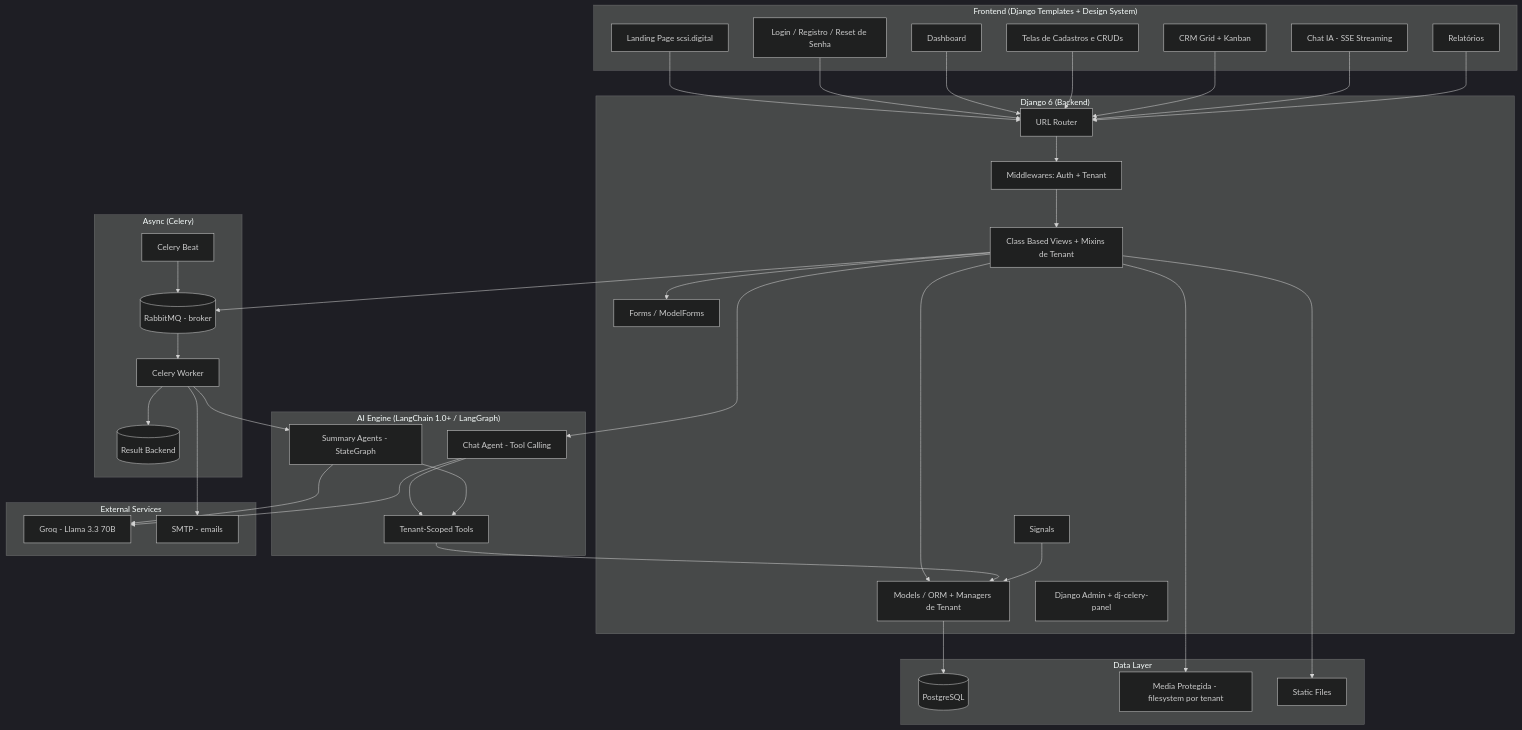
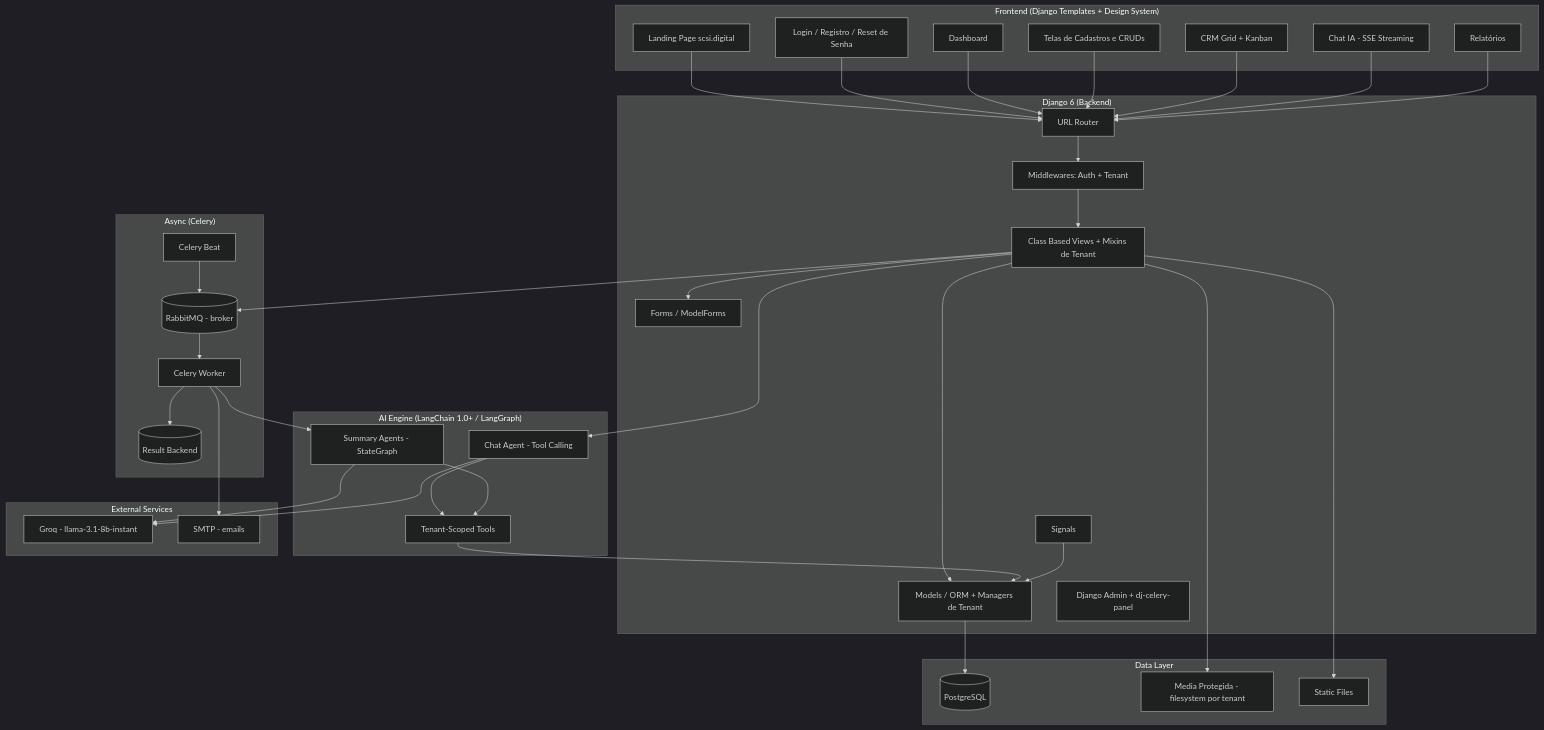
The sixth of 22 diagrams in PRD.md (CAI0SAMPAI0/scsi), drawn with Mermaid (dark theme) before and after one commit. The commit also changed other lines of this file and 20 other files, not shown here.

````diff
--- a/PRD.md
+++ b/PRD.md
@@ -362,74 +362,74 @@
 ```mermaid
 graph TB
     subgraph "Frontend (Django Templates + Design System)"
         LP[Landing Page scsi.digital]
         AUTH[Login / Registro / Reset de Senha]
         DASH[Dashboard]
         CRUDS[Telas de Cadastros e CRUDs]
         CRM[CRM Grid + Kanban]
         CHAT[Chat IA - SSE Streaming]
         REP[Relatórios]
     end
 
     subgraph "Django 6 (Backend)"
         URLS[URL Router]
         MW[Middlewares: Auth + Tenant]
         VIEWS[Class Based Views + Mixins de Tenant]
         FORMS[Forms / ModelForms]
         MODELS[Models / ORM + Managers de Tenant]
         SIGNALS[Signals]
         ADMIN[Django Admin + dj-celery-panel]
     end
 
     subgraph "AI Engine (LangChain 1.0+ / LangGraph)"
         SUMM[Summary Agents - StateGraph]
         CHATAG[Chat Agent - Tool Calling]
         TOOLS[Tenant-Scoped Tools]
     end
 
     subgraph "Async (Celery)"
         BROKER[(RabbitMQ - broker)]
         WORKER[Celery Worker]
         BEAT[Celery Beat]
         RESULT[(Result Backend)]
     end
 
     subgraph "External Services"
-        OAI[Groq - Llama 3.3 70B]
+        OAI[Groq - llama-3.1-8b-instant]
         SMTP[SMTP - emails]
     end
 
     subgraph "Data Layer"
         DB[(PostgreSQL)]
         MEDIA[Media Protegida - filesystem por tenant]
         STATIC[Static Files]
     end
 
     LP --> URLS
     AUTH --> URLS
     DASH --> URLS
     CRUDS --> URLS
     CRM --> URLS
     CHAT --> URLS
     REP --> URLS
     URLS --> MW
     MW --> VIEWS
     VIEWS --> FORMS
     VIEWS --> MODELS
     VIEWS --> BROKER
     VIEWS --> CHATAG
     CHATAG --> TOOLS
     TOOLS --> MODELS
     MODELS --> DB
     SIGNALS --> MODELS
     BROKER --> WORKER
     BEAT --> BROKER
     WORKER --> RESULT
     WORKER --> SUMM
     SUMM --> TOOLS
     SUMM --> OAI
     CHATAG --> OAI
     WORKER --> SMTP
     VIEWS --> MEDIA
     VIEWS --> STATIC
 ```
````
